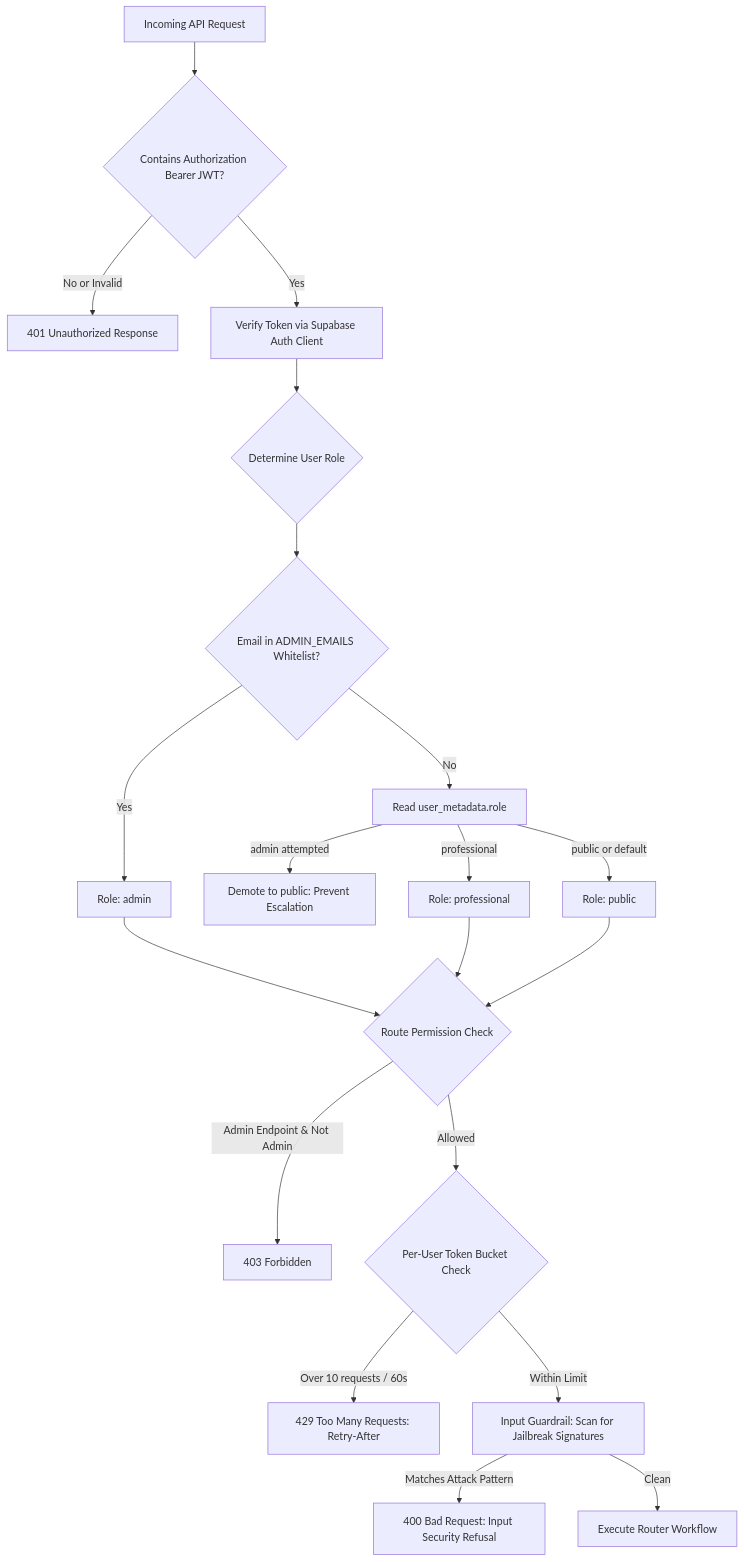
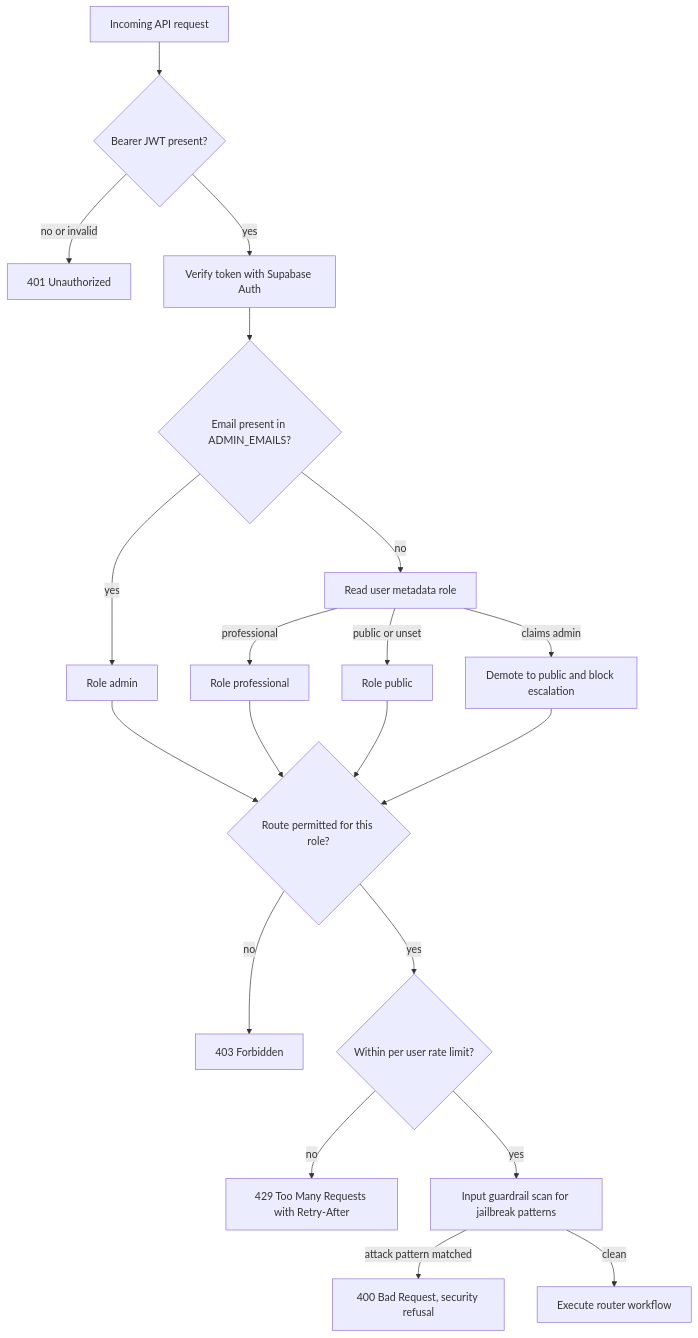
One commit to tanisha-64/NyayaPramaan changed the tenth of 12 diagrams in README.md. Above: the diagram before and after it, drawn with Mermaid. The commit also changed other lines of this file, not shown here.

Commit message:
docs: fix all mermaid diagrams, update structure and add troubleshooting

````diff
--- a/README.md
+++ b/README.md
@@ -965,27 +909,22 @@
 ```mermaid
 flowchart TD
-    Request["Incoming API Request"] --> CheckAuth{"Contains Authorization Bearer JWT?"}
-    
-    CheckAuth -->|No or Invalid| Unauth["401 Unauthorized Response"]
-    CheckAuth -->|Yes| VerifySupabase["Verify Token via Supabase Auth Client"]
-    
-    VerifySupabase --> ResolveRole{"Determine User Role"}
-    ResolveRole --> EmailCheck{"Email in ADMIN_EMAILS Whitelist?"}
-    EmailCheck -->|Yes| AssignAdmin["Role: admin"]
-    EmailCheck -->|No| CheckMeta["Read user_metadata.role"]
-    CheckMeta -->|admin attempted| BlockEscalation["Demote to public: Prevent Escalation"]
-    CheckMeta -->|professional| AssignProf["Role: professional"]
-    CheckMeta -->|public or default| AssignPublic["Role: public"]
-    
-    AssignAdmin --> RouteGuard{"Route Permission Check"}
-    AssignProf --> RouteGuard
-    AssignPublic --> RouteGuard
-    RouteGuard -->|Admin Endpoint & Not Admin| Forbidden["403 Forbidden"]
-    RouteGuard -->|Allowed| TokenBucket{"Per-User Token Bucket Check"}
-    
-    TokenBucket -->|Over 10 requests / 60s| RateLimited["429 Too Many Requests: Retry-After"]
-    TokenBucket -->|Within Limit| InputCheck["Input Guardrail: Scan for Jailbreak Signatures"]
-    
-    InputCheck -->|Matches Attack Pattern| BlockInput["400 Bad Request: Input Security Refusal"]
-    InputCheck -->|Clean| ExecuteBusinessLogic["Execute Router Workflow"]
+    Req["Incoming API request"] --> HasJwt{"Bearer JWT present?"}
+    HasJwt -->|"no or invalid"| E401["401 Unauthorized"]
+    HasJwt -->|"yes"| Verify["Verify token with Supabase Auth"]
+    Verify --> Whitelist{"Email present in ADMIN_EMAILS?"}
+    Whitelist -->|"yes"| RoleAdmin["Role admin"]
+    Whitelist -->|"no"| Meta["Read user metadata role"]
+    Meta -->|"claims admin"| Demote["Demote to public and block escalation"]
+    Meta -->|"professional"| RolePro["Role professional"]
+    Meta -->|"public or unset"| RolePublic["Role public"]
+    RoleAdmin --> Perm{"Route permitted for this role?"}
+    RolePro --> Perm
+    RolePublic --> Perm
+    Demote --> Perm
+    Perm -->|"no"| E403["403 Forbidden"]
+    Perm -->|"yes"| Bucket{"Within per user rate limit?"}
+    Bucket -->|"no"| E429["429 Too Many Requests with Retry-After"]
+    Bucket -->|"yes"| Guard["Input guardrail scan for jailbreak patterns"]
+    Guard -->|"attack pattern matched"| E400["400 Bad Request, security refusal"]
+    Guard -->|"clean"| Run["Execute router workflow"]
 ```
````
